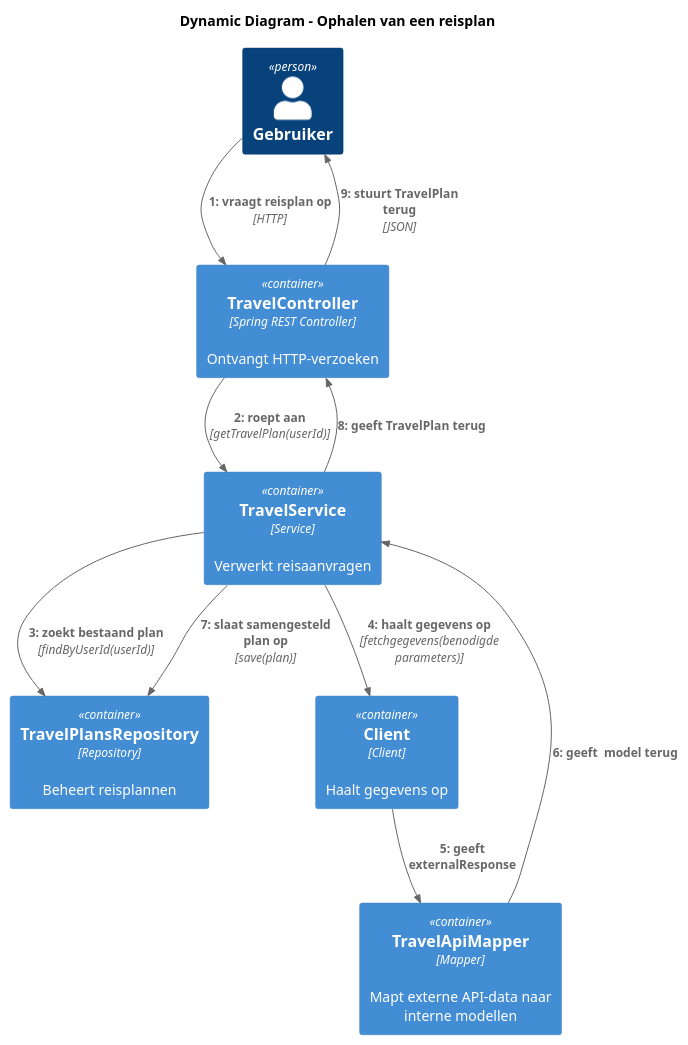
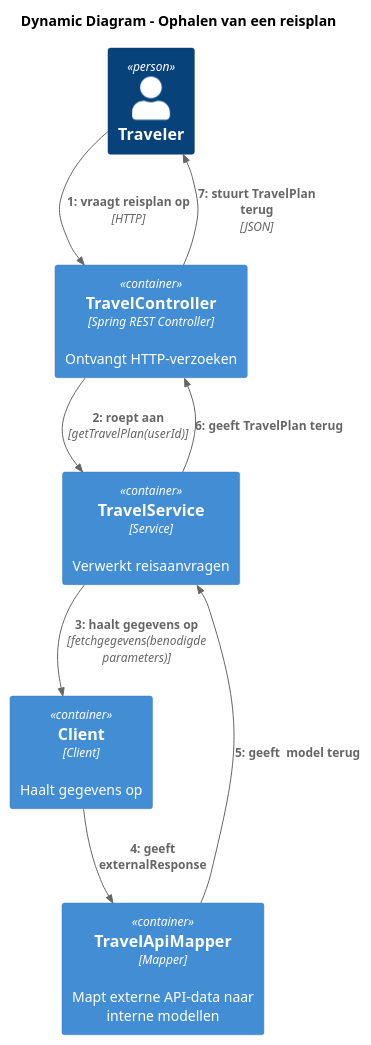
The diagram in opdracht-diagrammen/C4 OntwerpVraag Tren/C4DynamicOntwerpVraagTren.puml (AIM-ENE-feb25/triptop-groep-3), drawn with PlantUML before and after one commit. The commit also changed 1 other file, not shown here.

```diff
--- a/opdracht-diagrammen/C4 OntwerpVraag Tren/C4DynamicOntwerpVraagTren.puml
+++ b/opdracht-diagrammen/C4 OntwerpVraag Tren/C4DynamicOntwerpVraagTren.puml
@@ -1,35 +1,29 @@
 @startuml
 !include https://raw.githubusercontent.com/plantuml-stdlib/C4-PlantUML/master/C4_Dynamic.puml
 
 title Dynamic Diagram – Ophalen van een reisplan
 
-Person(user, "Gebruiker")
+Person(user, "Traveler")
 
 Container(travelController, "TravelController", "Spring REST Controller", "Ontvangt HTTP-verzoeken")
 Container(travelService, "TravelService", "Service", "Verwerkt reisaanvragen")
-Container(repo, "TravelPlansRepository", "Repository", "Beheert reisplannen")
 Container(Client, "Client", "Client", "Haalt gegevens op")
 Container(mapper, "TravelApiMapper", "Mapper", "Mapt externe API-data naar interne modellen")
 
 Rel(user, travelController, "vraagt reisplan op", "HTTP")
 Rel(travelController, travelService, "roept aan", "getTravelPlan(userId)")
-Rel(travelService, repo, "zoekt bestaand plan", "findByUserId(userId)")
 
 ' Als er geen plan is, stel een nieuw plan samen met data uit externe APIs
 Rel(travelService, Client, "haalt gegevens op", "fetchgegevens(benodigde parameters)")
 
 
 ' Responses worden gemapt naar interne modellen
 Rel(Client, mapper, "geeft externalResponse")
 Rel(mapper, travelService, "geeft  model terug")
 
 
-
-' Opslaan van het plan
-Rel(travelService, repo, "slaat samengesteld plan op", "save(plan)")
-
 ' Antwoord terug naar controller
 Rel(travelService, travelController, "geeft TravelPlan terug")
 Rel(travelController, user, "stuurt TravelPlan terug", "JSON")
 
 @enduml
```
